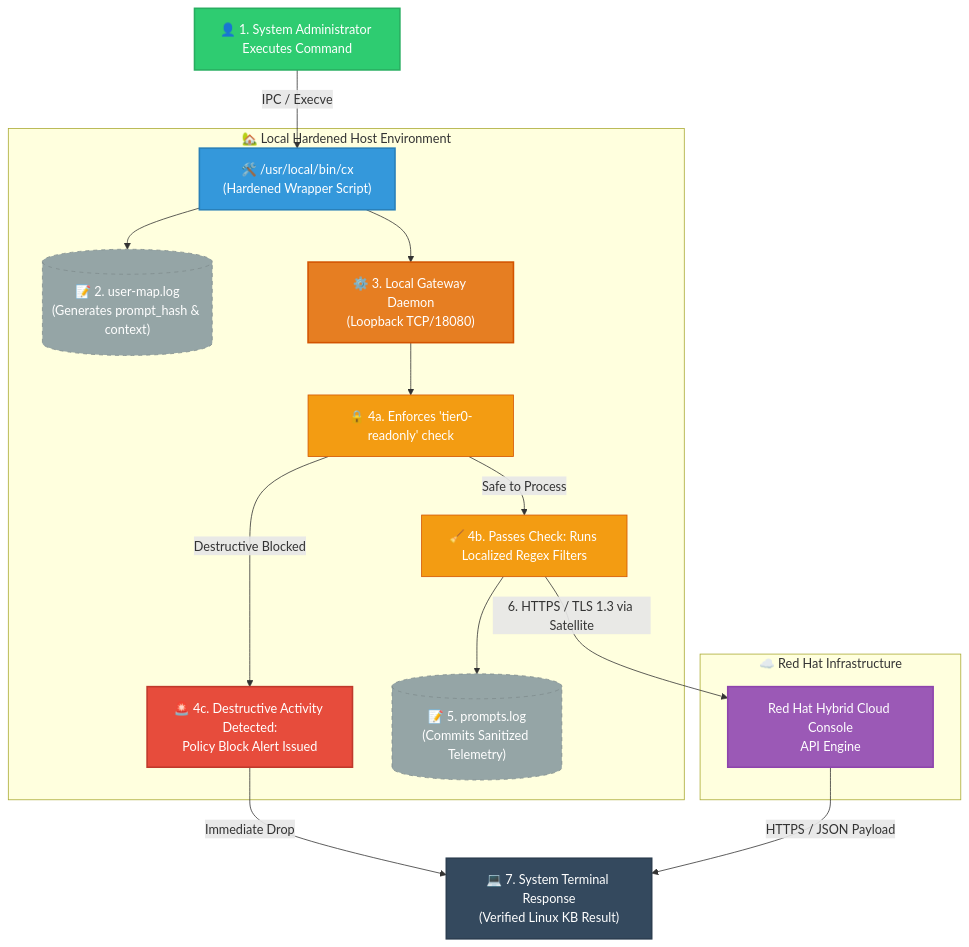
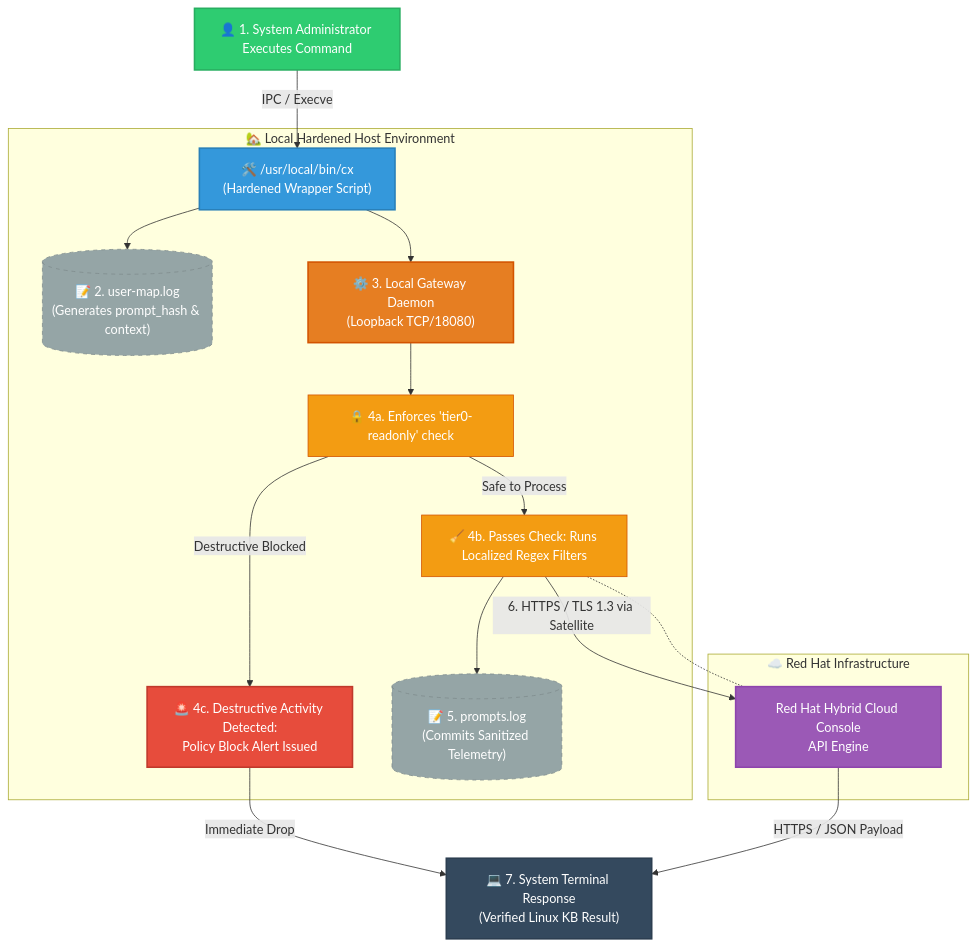
Before and after one commit to kumarj04/cla-gateway: the diagram in ARCH.md, drawn with Mermaid.

Commit message:
Refactor comments in ARCH.md for clarity

````diff
--- a/ARCH.md
+++ b/ARCH.md
@@ -1,55 +1,56 @@
 ```mermaid
 graph TD
     %% Styling definitions
     classDef user fill:#2ecc71,stroke:#27ae60,stroke-width:2px,color:#fff;
     classDef local fill:#3498db,stroke:#2980b9,stroke-width:2px,color:#fff;
     classDef daemon fill:#e67e22,stroke:#d35400,stroke-width:2px,color:#fff;
     classDef subEngine fill:#f39c12,stroke:#d35400,stroke-width:1px,color:#fff;
     classDef cloud fill:#9b59b6,stroke:#8e44ad,stroke-width:2px,color:#fff;
     classDef terminal fill:#34495e,stroke:#2c3e50,stroke-width:2px,color:#fff;
     classDef log fill:#95a5a6,stroke:#7f8c8d,stroke-width:1px,color:#fff,stroke-dasharray: 5 5;
     classDef alert fill:#e74c3c,stroke:#c0392b,stroke-width:2px,color:#fff;
 
     %% Workflow Nodes
     Admin[👤 1. System Administrator Executes Command]:::user
     
     subgraph LocalHost ["🏡 Local Hardened Host Environment"]
         Wrapper["🛠️ /usr/local/bin/cx<br>(Hardened Wrapper Script)"]:::local
         UserLog[("📝 2. user-map.log<br>(Generates prompt_hash & context)")]:::log
         
         Daemon["⚙️ 3. Local Gateway Daemon<br>(Loopback TCP/18080)"]:::daemon
         Check1["🔒 4a. Enforces 'tier0-readonly' check"]:::subEngine
         
-        %% Conditional Logic Split
+        %% Core Security Decision Layer
         Check2["🧹 4b. Passes Check: Runs Localized Regex Filters"]:::subEngine
         FailBlock["🚨 4c. Destructive Activity Detected:<br>Policy Block Alert Issued"]:::alert
         
         PromptLog[("📝 5. prompts.log<br>(Commits Sanitized Telemetry)")]:::log
     end
 
     subgraph RedHat ["☁️ Red Hat Infrastructure"]
         RHCloud["Red Hat Hybrid Cloud Console<br>API Engine"]:::cloud
     end
 
     Response["💻 7. System Terminal Response<br>(Verified Linux KB Result)"]:::terminal
 
-    %% Pipeline Structure Flows
+    %% Top Stream
     Admin -->|IPC / Execve| Wrapper
     Wrapper --> UserLog
     Wrapper --> Daemon
-    
     Daemon --> Check1
     
     %% Split Branches
     Check1 -->|Destructive Blocked| FailBlock
     Check1 -->|Safe to Process| Check2
     
-    %% Terminal Output from Failure
+    %% Left Side Drop For Blocked Execution
     FailBlock -->|Immediate Drop| Response
     
-    %% Success Data Stream Continue
+    %% Right Side Stream For Sanitized Queries (No crossing lines)
     Check2 --> PromptLog
     Check2 -->|6. HTTPS / TLS 1.3 via Satellite| RHCloud
-    
     RHCloud -->|HTTPS / JSON Payload| Response
+
+    %% Alignment Constraints to Keep Lines Straight
+    Check2 -.- RHCloud
 ```
````
